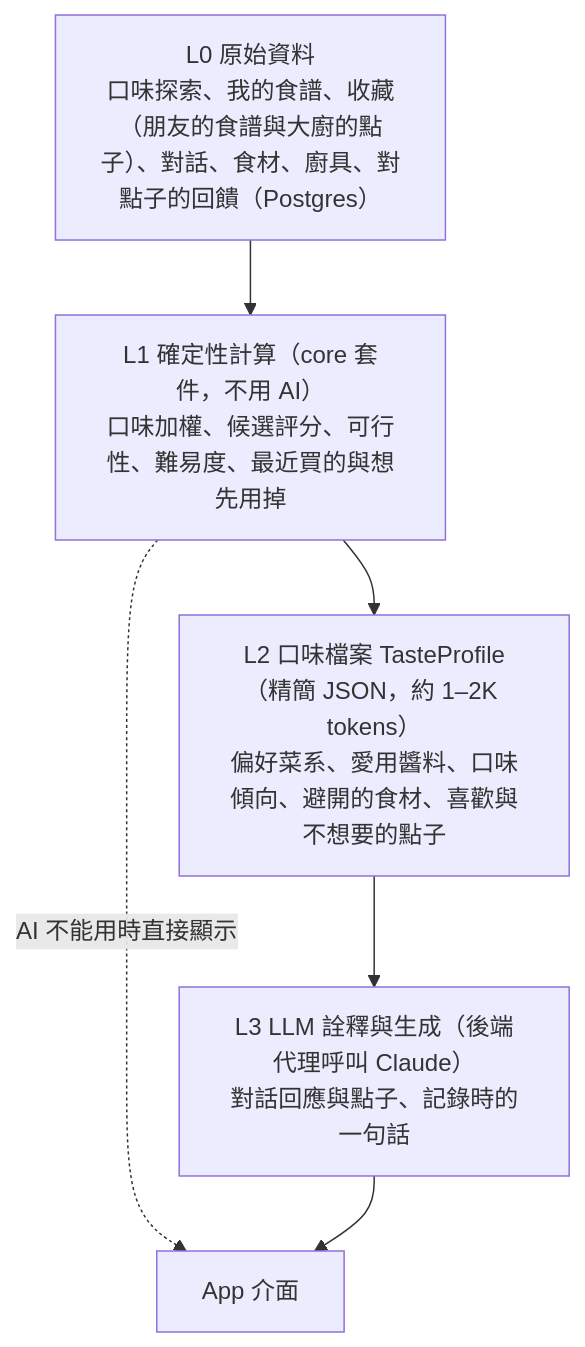
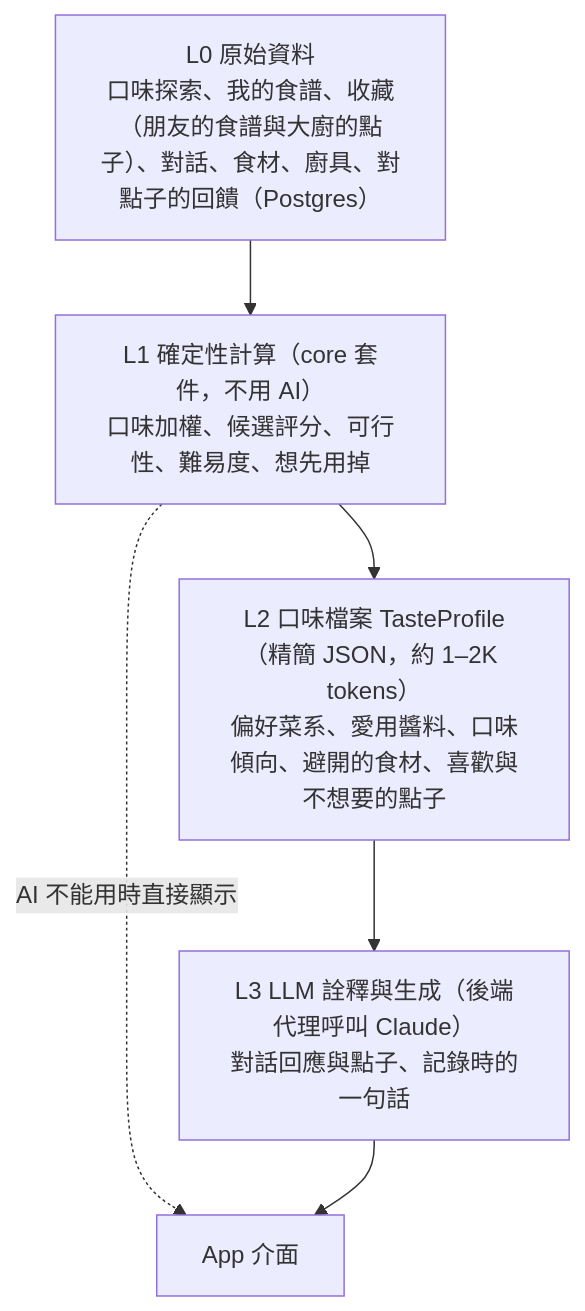
One commit to LeeBoYin/cooking-recipe-app changed the first of 2 diagrams in docs/03-ai-design.md. Above: the diagram before and after it, drawn with Mermaid. The commit also changed other lines of this file and 21 other files, not shown here.

````diff
--- a/docs/03-ai-design.md
+++ b/docs/03-ai-design.md
@@ -9,10 +9,10 @@
 ```mermaid
 flowchart TB
   L0["L0 原始資料<br/>口味探索、我的食譜、收藏（朋友的食譜與大廚的點子）、對話、食材、廚具、對點子的回饋（Postgres）"]
-  L1["L1 確定性計算（core 套件，不用 AI）<br/>口味加權、候選評分、可行性、難易度、最近買的與想先用掉"]
+  L1["L1 確定性計算（core 套件，不用 AI）<br/>口味加權、候選評分、可行性、難易度、想先用掉"]
   L2["L2 口味檔案 TasteProfile（精簡 JSON，約 1–2K tokens）<br/>偏好菜系、愛用醬料、口味傾向、避開的食材、喜歡與不想要的點子"]
   L3["L3 LLM 詮釋與生成（後端代理呼叫 Claude）<br/>對話回應與點子、記錄時的一句話"]
   L0 --> L1 --> L2 --> L3
   L1 -. AI 不能用時直接顯示 .-> UI["App 介面"]
   L3 --> UI
 ```
````
